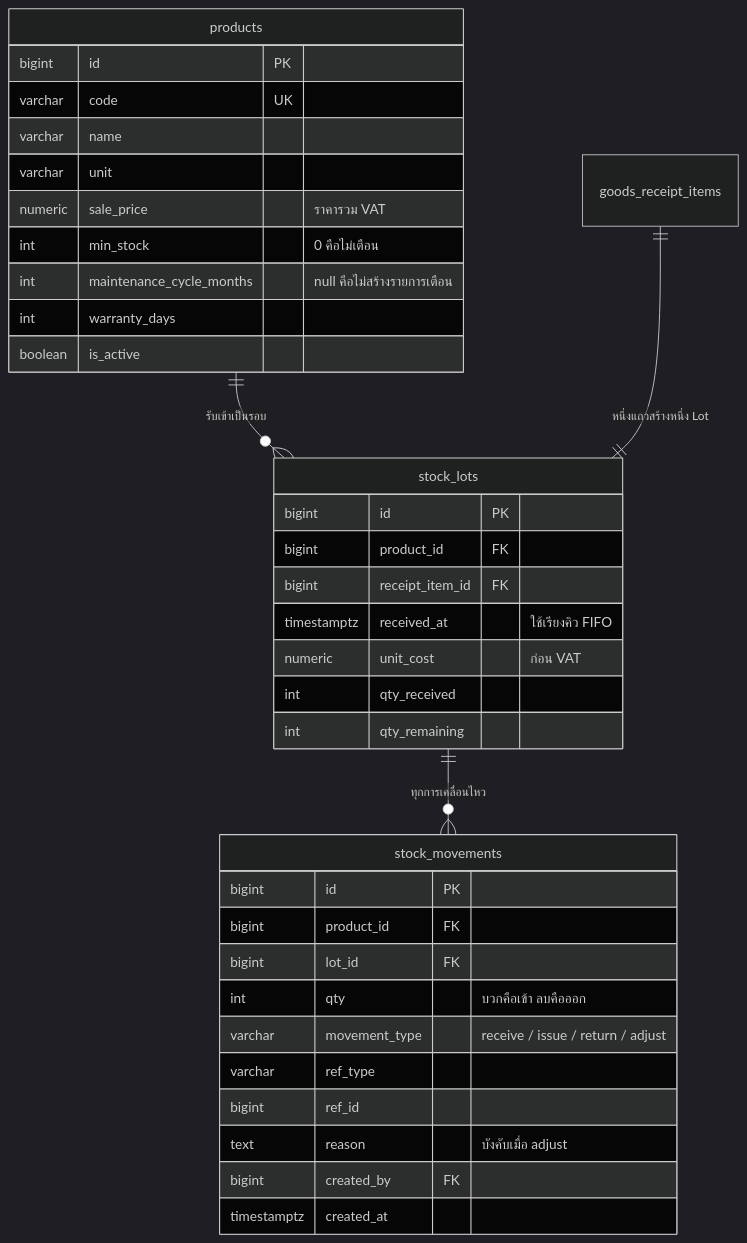
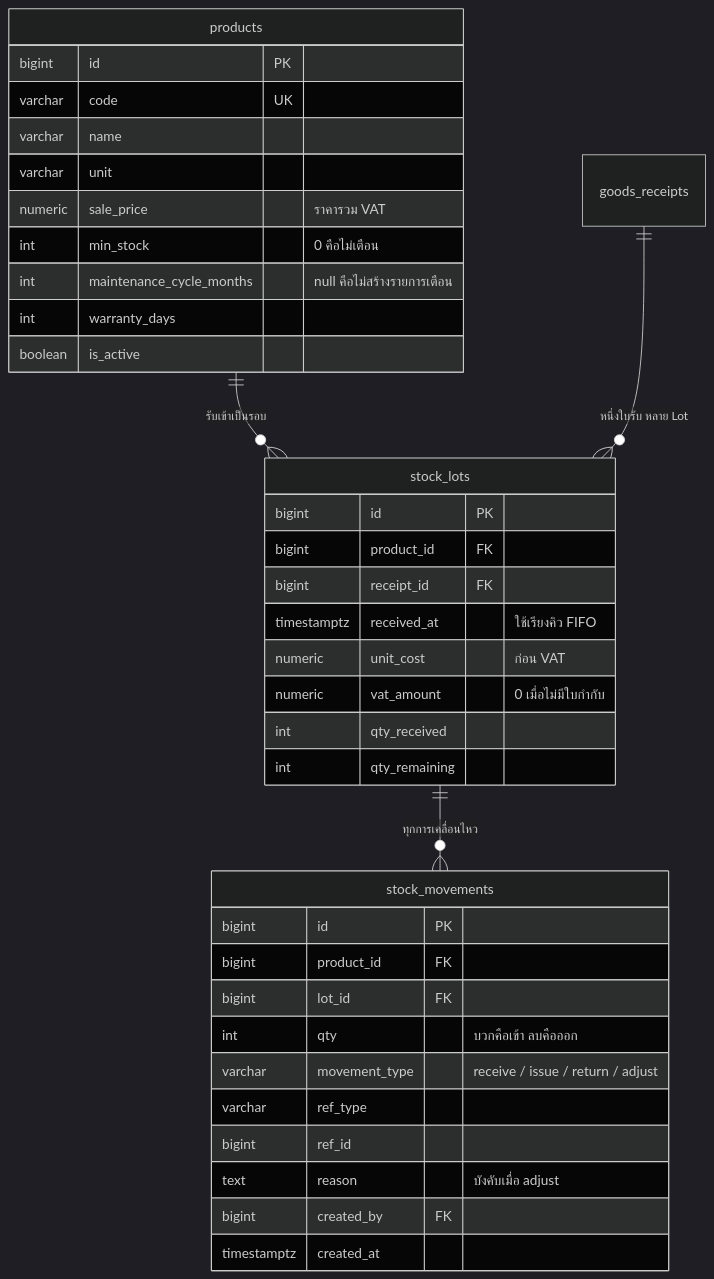
One commit to kaewjamsai0193/Garage_Final_Project changed the fourth of 8 diagrams in data_model.md. Above: the diagram before and after it, drawn with Mermaid (dark theme). The commit also changed other lines of this file, not shown here.

````diff
--- a/data_model.md
+++ b/data_model.md
@@ -104,41 +115,42 @@
 ```mermaid
 erDiagram
     products ||--o{ stock_lots : "รับเข้าเป็นรอบ"
     stock_lots ||--o{ stock_movements : "ทุกการเคลื่อนไหว"
-    goods_receipt_items ||--|| stock_lots : "หนึ่งแถวสร้างหนึ่ง Lot"
+    goods_receipts ||--o{ stock_lots : "หนึ่งใบรับ หลาย Lot"
 
     products {
         bigint id PK
         varchar code UK
         varchar name
         varchar unit
         numeric sale_price "ราคารวม VAT"
         int min_stock "0 คือไม่เตือน"
         int maintenance_cycle_months "null คือไม่สร้างรายการเตือน"
         int warranty_days
         boolean is_active
     }
 
     stock_lots {
         bigint id PK
         bigint product_id FK
-        bigint receipt_item_id FK
+        bigint receipt_id FK
         timestamptz received_at "ใช้เรียงคิว FIFO"
         numeric unit_cost "ก่อน VAT"
+        numeric vat_amount "0 เมื่อไม่มีใบกำกับ"
         int qty_received
         int qty_remaining
     }
 
     stock_movements {
         bigint id PK
         bigint product_id FK
         bigint lot_id FK
         int qty "บวกคือเข้า ลบคือออก"
         varchar movement_type "receive / issue / return / adjust"
         varchar ref_type
         bigint ref_id
         text reason "บังคับเมื่อ adjust"
         bigint created_by FK
         timestamptz created_at
     }
 ```
````
